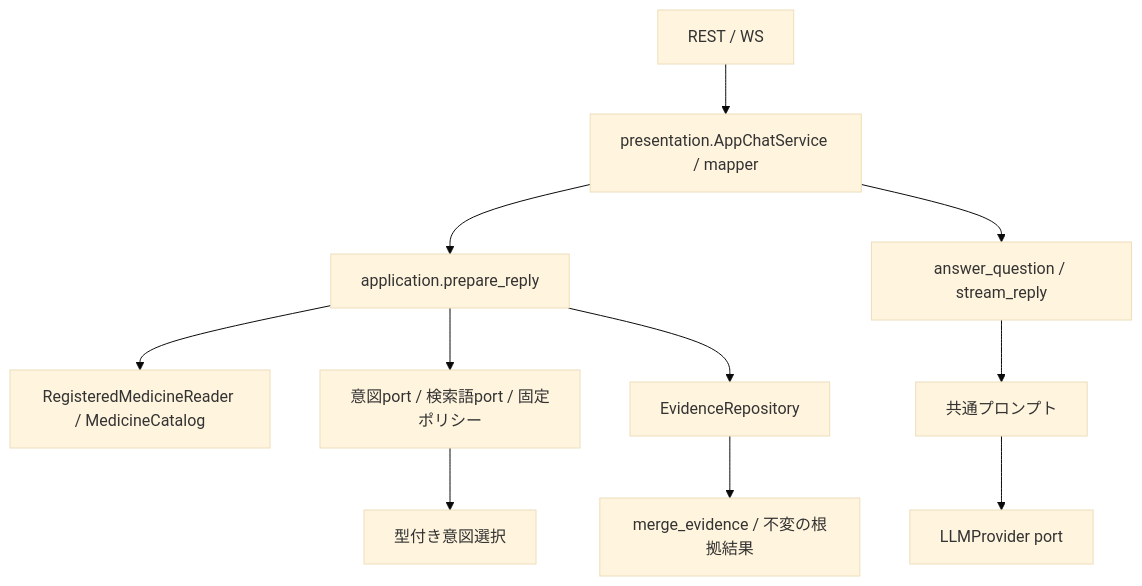
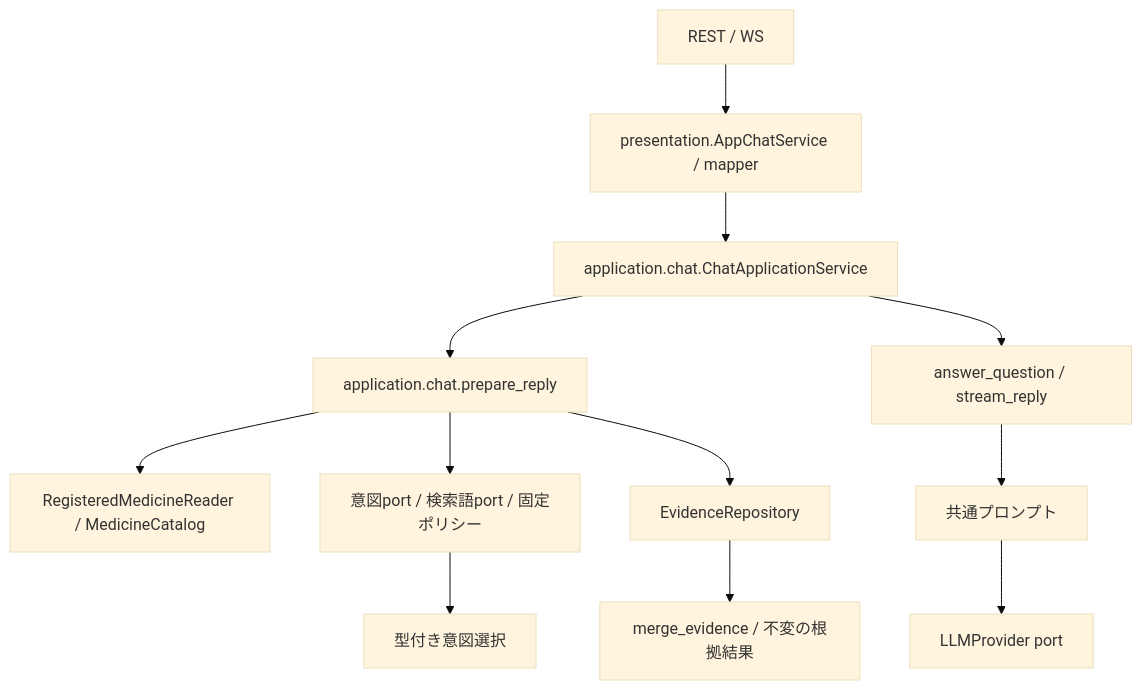
The second of 2 diagrams in backend/README.md (SatohaCC/medi-chat), drawn with Mermaid (base theme) before and after one commit. The commit also changed other lines of this file and 65 other files, not shown here.

````diff
--- a/backend/README.md
+++ b/backend/README.md
@@ -123,13 +139,14 @@
 ```mermaid
 flowchart TD
-  Routes[REST / WS] --> Service[presentation.AppChatService / mapper]
-  Service --> Prepare[application.prepare_reply]
+  Routes[REST / WS] --> Adapter[presentation.AppChatService / mapper]
+  Adapter --> AppService[application.chat.ChatApplicationService]
+  AppService --> Prepare[application.chat.prepare_reply]
   Prepare --> Medicine[RegisteredMedicineReader / MedicineCatalog]
   Prepare --> Detect[意図port / 検索語port / 固定ポリシー]
   Detect --> Select[型付き意図選択]
   Prepare --> Read[EvidenceRepository]
   Read --> Merge[merge_evidence / 不変の根拠結果]
-  Service --> Reply[answer_question / stream_reply]
+  AppService --> Reply[answer_question / stream_reply]
   Reply --> Prompt[共通プロンプト]
   Prompt --> Provider[LLMProvider port]
 ```
````
